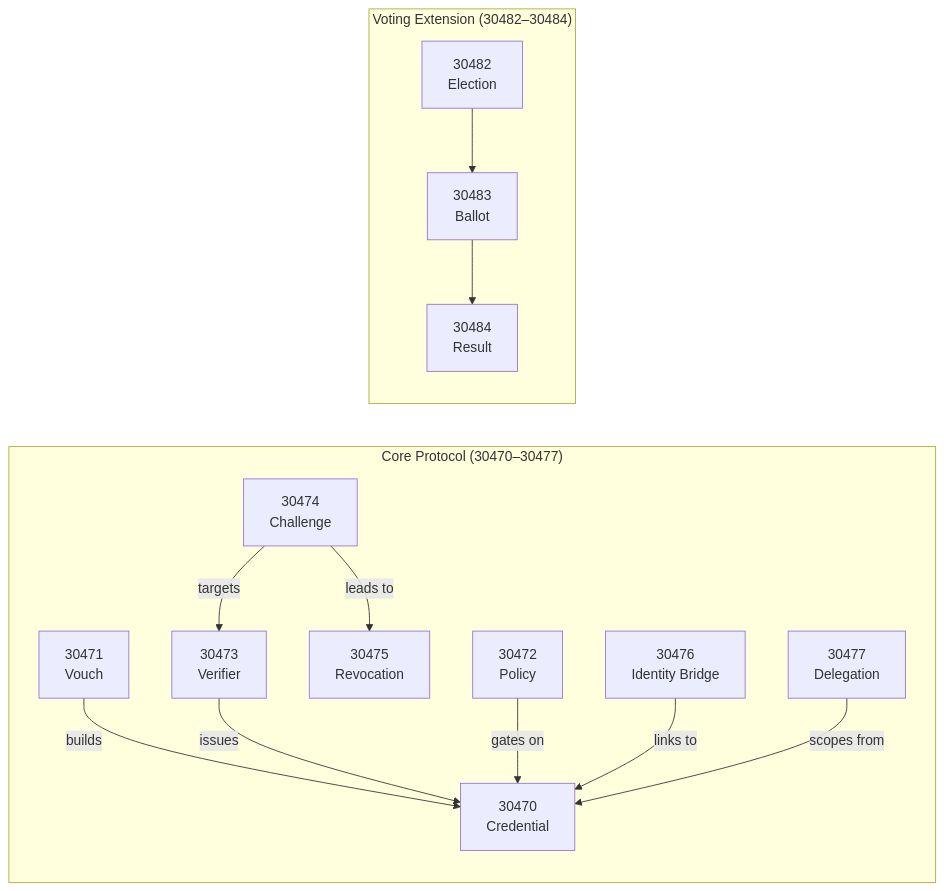
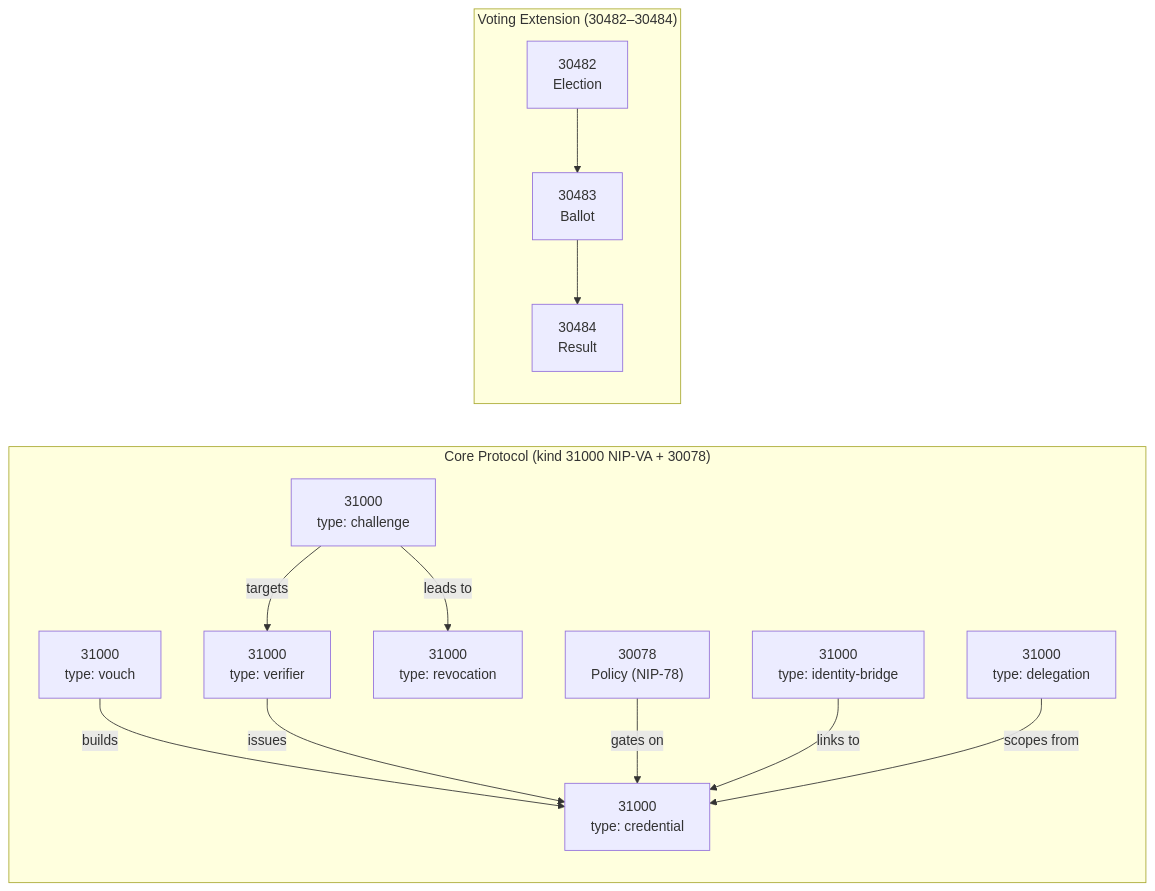
The second of 5 diagrams in docs/index.md (forgesworn/signet), drawn with Mermaid before and after one commit. The commit also changed other lines of this file and 53 other files, not shown here.

````diff
--- a/docs/index.md
+++ b/docs/index.md
@@ -31,29 +31,29 @@
 ```mermaid
 flowchart LR
-    subgraph Core["Core Protocol (30470–30477)"]
-        Cred["30470\nCredential"]
-        Vouch["30471\nVouch"]
-        Policy["30472\nPolicy"]
-        Verifier["30473\nVerifier"]
-        Challenge["30474\nChallenge"]
-        Revocation["30475\nRevocation"]
-        Bridge["30476\nIdentity Bridge"]
-        Delegation["30477\nDelegation"]
+    subgraph Core["Core Protocol (kind 31000 NIP-VA + 30078)"]
+        Cred["31000\ntype: credential"]
+        Vouch["31000\ntype: vouch"]
+        Policy["30078\nPolicy (NIP-78)"]
+        Verifier["31000\ntype: verifier"]
+        Challenge["31000\ntype: challenge"]
+        Revocation["31000\ntype: revocation"]
+        Bridge["31000\ntype: identity-bridge"]
+        Delegation["31000\ntype: delegation"]
     end
 
     subgraph Voting["Voting Extension (30482–30484)"]
         Election["30482\nElection"]
         Ballot["30483\nBallot"]
         Result["30484\nResult"]
     end
 
     Vouch -->|"builds"| Cred
     Verifier -->|"issues"| Cred
     Challenge -->|"targets"| Verifier
     Challenge -->|"leads to"| Revocation
     Policy -->|"gates on"| Cred
     Bridge -->|"links to"| Cred
     Delegation -->|"scopes from"| Cred
 
     Election --> Ballot --> Result
 ```
````
